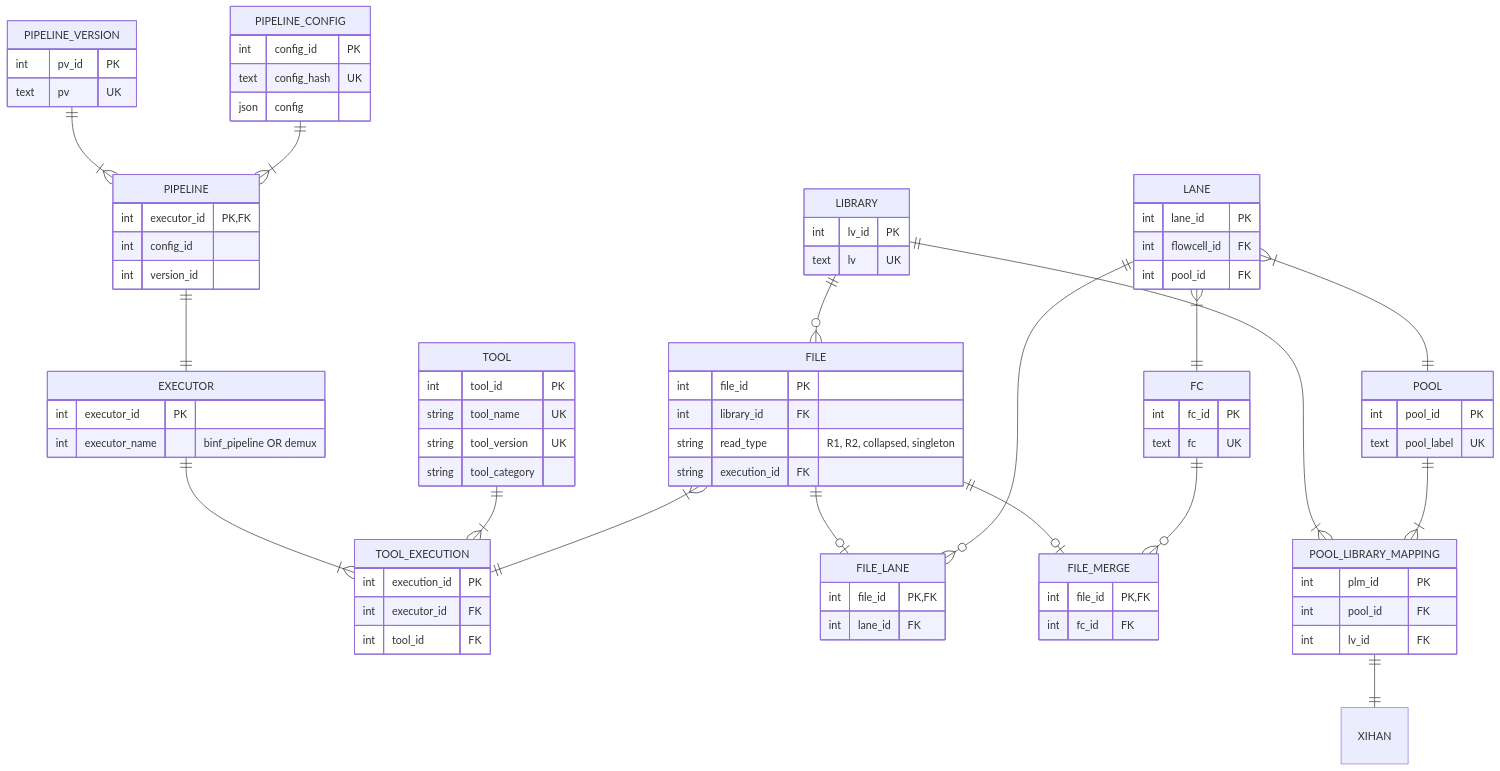
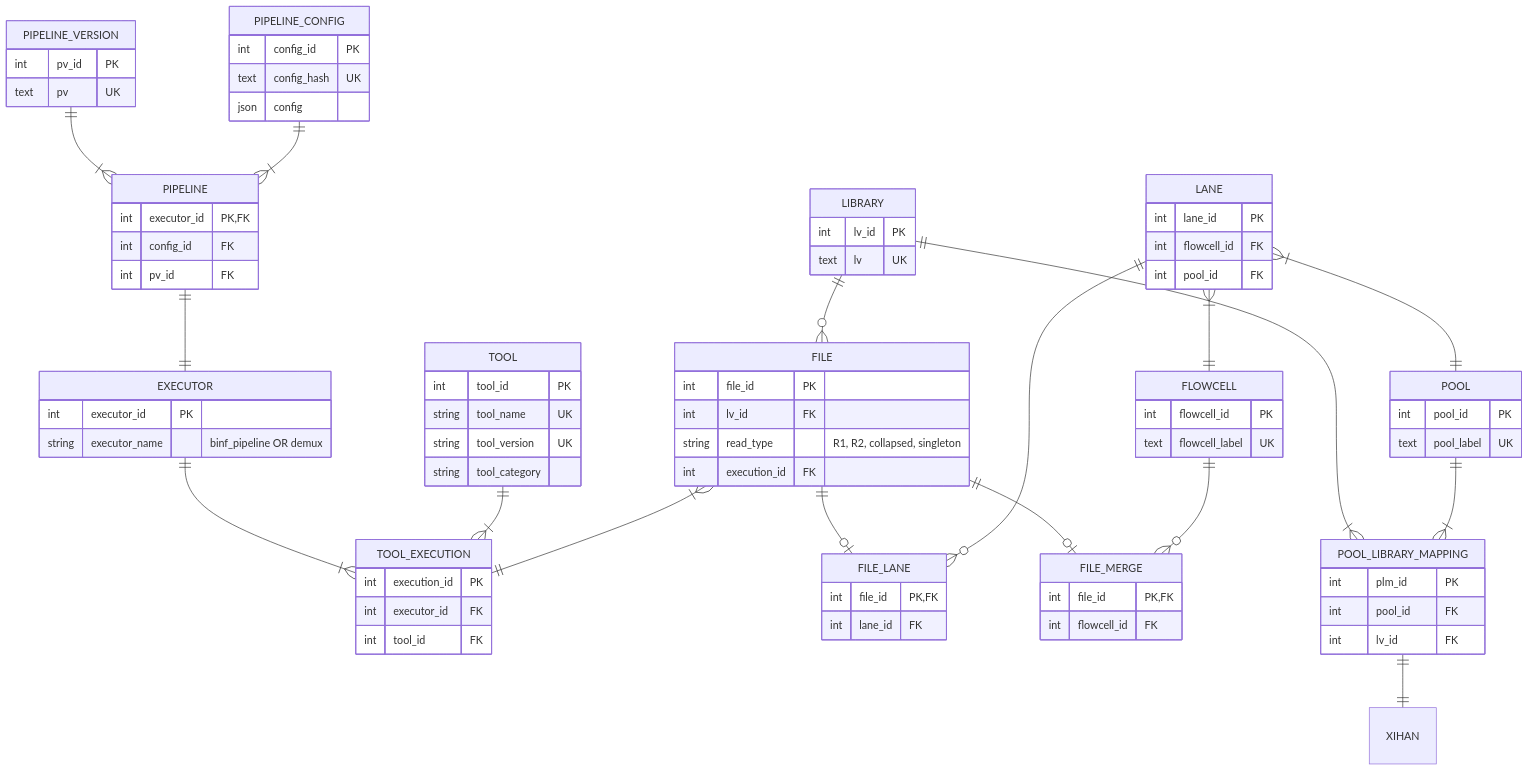
Before and after one commit to GeoGenetics/qc-parser: the diagram in diagrams/main diagrams/magnus/file_models/merge_lane_statfiles_v1.md, drawn with Mermaid. The commit also changed other lines of this file and 2 other files, not shown here.

Commit message:
fixes inconsistent names

```diff
--- a/diagrams/main diagrams/magnus/file_models/merge_lane_statfiles_v1.md
+++ b/diagrams/main diagrams/magnus/file_models/merge_lane_statfiles_v1.md
@@ -14,8 +14,8 @@
     LIBRARY ||--o{ FILE : ""
     FILE }|--|| TOOL_EXECUTION : ""
     LANE ||--o{ FILE_LANE : ""
-    LANE }|--|| FC : ""
-    FC ||--o{ FILE_MERGE : ""
+    LANE }|--|| FLOWCELL : ""
+    FLOWCELL ||--o{ FILE_MERGE : ""
     LANE }|--|| POOL : ""
     POOL_LIBRARY_MAPPING ||--|| XIHAN : ""
     POOL ||--|{ POOL_LIBRARY_MAPPING : ""
@@ -25,9 +25,9 @@
         text lv UK
     }
 
-    FC {
-        int fc_id PK
-        text fc UK
+    FLOWCELL {
+        int flowcell_id PK
+        text flowcell_label UK
     }
 
 
@@ -55,13 +55,13 @@
 
     PIPELINE {
         int executor_id PK, FK
-        int config_id
-        int version_id
+        int config_id FK
+        int pv_id FK
     }
 
     EXECUTOR {
         int executor_id PK
-        int executor_name "binf_pipeline OR demux"
+        string executor_name "binf_pipeline OR demux"
     }
 
     TOOL {
@@ -79,14 +79,14 @@
 
     FILE {
         int file_id PK
-        int library_id FK
+        int lv_id FK
         string read_type "R1, R2, collapsed, singleton"  
-        string execution_id FK 
+        int execution_id FK
     }
 
     FILE_MERGE {
         int file_id PK, FK
-        int fc_id FK
+        int flowcell_id FK
     }
 
     FILE_LANE {
```
